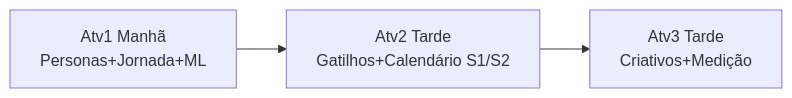
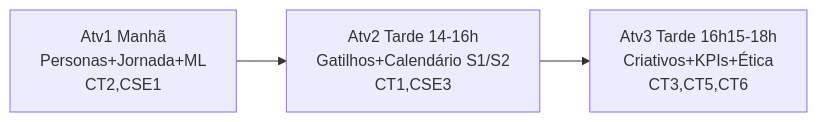
One commit to gbardusco/grao-vivo-senai changed the first of 2 diagrams in docs/00-visao-geral.md. Above: the diagram before and after it, drawn with Mermaid. The commit also changed other lines of this file and 46 other files, not shown here.

````diff
--- a/docs/00-visao-geral.md
+++ b/docs/00-visao-geral.md
@@ -72,5 +72,5 @@
 ```mermaid
 flowchart LR
-    A[Atv1 Manhã<br>Personas+Jornada+ML] --> B[Atv2 Tarde<br>Gatilhos+Calendário S1/S2]
-    B --> C[Atv3 Tarde<br>Criativos+Medição]
+    A[Atv1 Manhã<br>Personas+Jornada+ML<br>CT2,CSE1] --> B[Atv2 Tarde 14-16h<br>Gatilhos+Calendário S1/S2<br>CT1,CSE3]
+    B --> C[Atv3 Tarde 16h15-18h<br>Criativos+KPIs+Ética<br>CT3,CT5,CT6]
 ```
````
